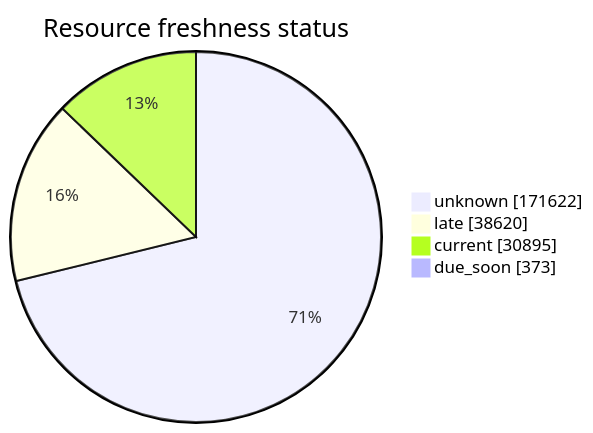
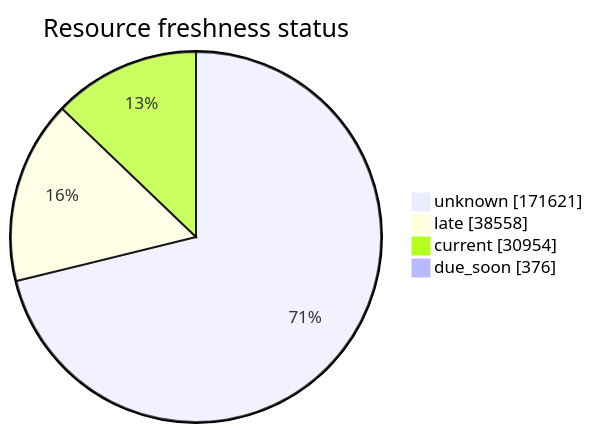
One commit to open-data/analytics-corporate-reporting changed the third of 5 diagrams in FreshCheck/README.md. Above: the diagram before and after it, drawn with Mermaid. The commit also changed other lines of this file and 3 other files, not shown here.

````diff
--- a/FreshCheck/README.md
+++ b/FreshCheck/README.md
@@ -77,7 +77,7 @@
 ```mermaid
 pie showData title Resource freshness status
-    "unknown": 171622
-    "late": 38620
-    "current": 30895
-    "due_soon": 373
+    "unknown": 171621
+    "late": 38558
+    "current": 30954
+    "due_soon": 376
 ```
````
